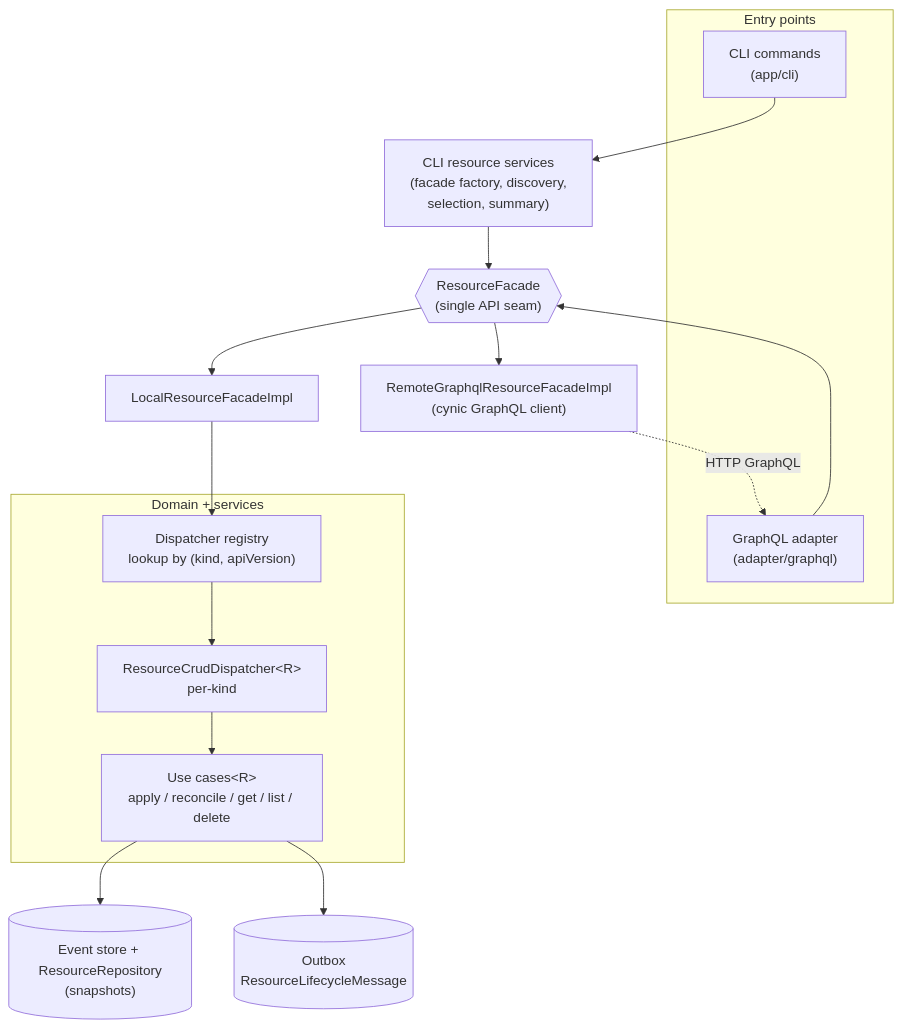
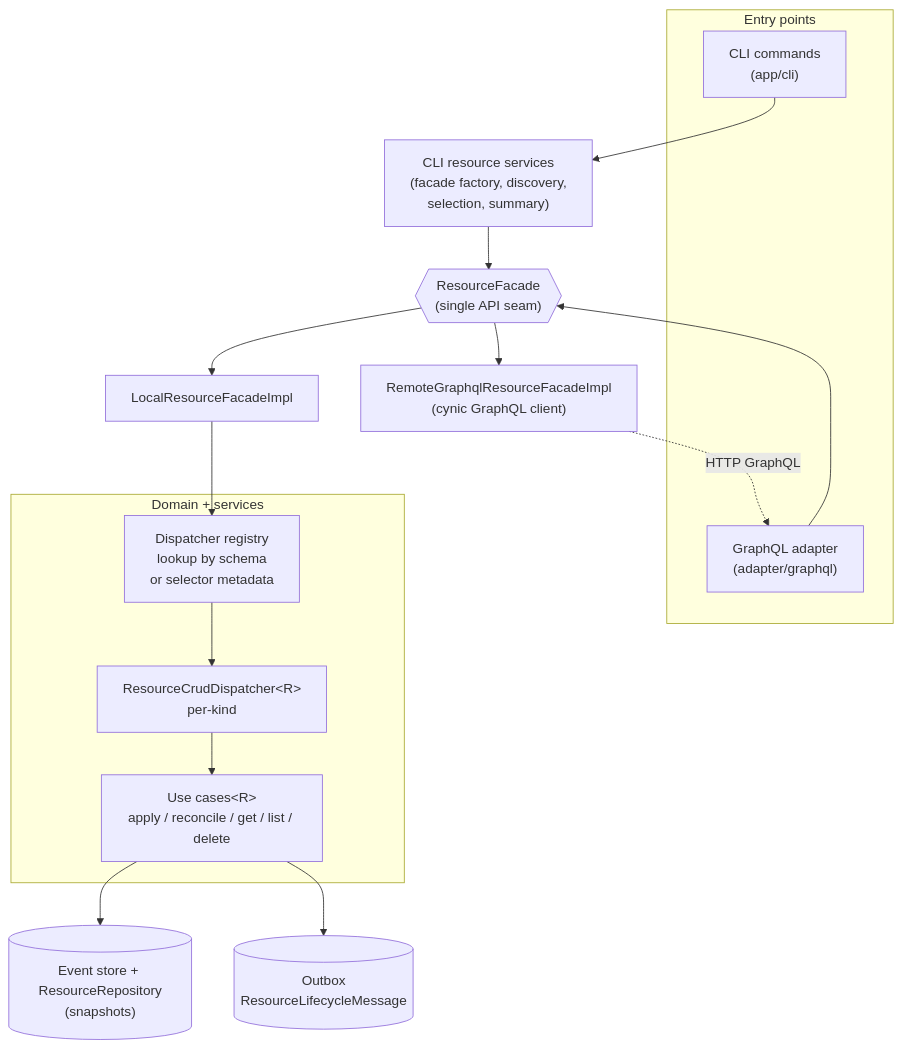
Before and after one commit to kamu-data/kamu-cli: the first of 7 diagrams in docs/internal/resources-framework.md, drawn with Mermaid. The commit also changed other lines of this file and 204 other files, not shown here.

Commit message:
`apiVersion` + `kind` => `$schema`

````diff
--- a/docs/internal/resources-framework.md
+++ b/docs/internal/resources-framework.md
@@ -184,30 +185,30 @@
 ```mermaid
 flowchart TD
     subgraph adapters["Entry points"]
       CLI["CLI commands<br/>(app/cli)"]
       GQL["GraphQL adapter<br/>(adapter/graphql)"]
     end
 
     CLISVC["CLI resource services<br/>(facade factory, discovery,<br/>selection, summary)"]
     FACADE{{"ResourceFacade<br/>(single API seam)"}}
     LOCAL["LocalResourceFacadeImpl"]
     REMOTE["RemoteGraphqlResourceFacadeImpl<br/>(cynic GraphQL client)"]
 
     subgraph domain["Domain + services"]
-      REG["Dispatcher registry<br/>lookup by (kind, apiVersion)"]
+      REG["Dispatcher registry<br/>lookup by schema<br/>or selector metadata"]
       DISP["ResourceCrudDispatcher&lt;R&gt;<br/>per-kind"]
       UC["Use cases&lt;R&gt;<br/>apply / reconcile / get / list / delete"]
     end
 
     STORE[("Event store + ResourceRepository<br/>(snapshots)")]
     OUTBOX[("Outbox<br/>ResourceLifecycleMessage")]
 
     CLI --> CLISVC --> FACADE
     GQL --> FACADE
     FACADE --> LOCAL
     FACADE --> REMOTE
     REMOTE -.HTTP GraphQL.-> GQL
     LOCAL --> REG --> DISP --> UC
     UC --> STORE
     UC --> OUTBOX
 ```
````
